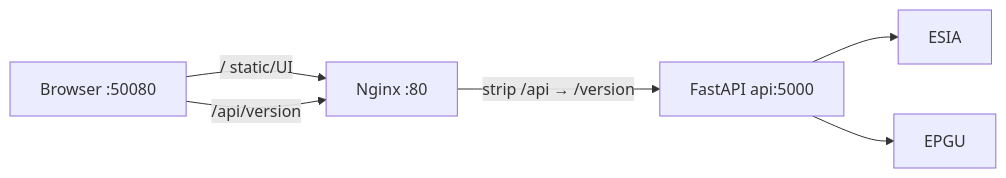
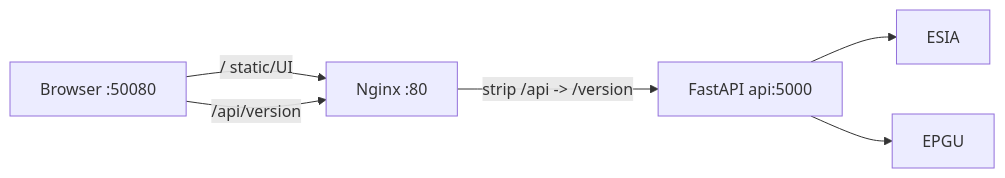
Before and after one commit to yellow444/epgu: the first of 2 diagrams in docs/context/02-architecture-and-run.md, drawn with Mermaid. The commit also changed other lines of this file and 30 other files, not shown here.

````diff
--- a/docs/context/02-architecture-and-run.md
+++ b/docs/context/02-architecture-and-run.md
@@ -41,8 +41,8 @@
 ```mermaid
 flowchart LR
     browser["Browser :50080"] -->|"/ static/UI"| nginx["Nginx :80"]
     browser -->|"/api/version"| nginx
-    nginx -->|"strip /api → /version"| api["FastAPI api:5000"]
+    nginx -->|"strip /api -> /version"| api["FastAPI api:5000"]
     api --> esia["ESIA"]
     api --> epgu["EPGU"]
 ```
````
